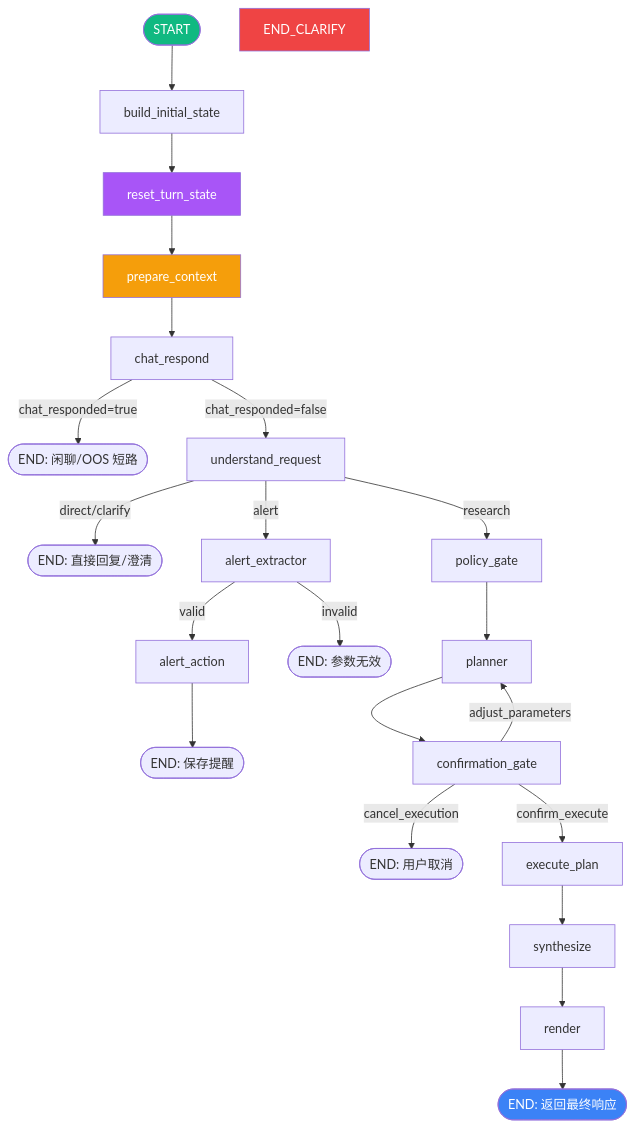
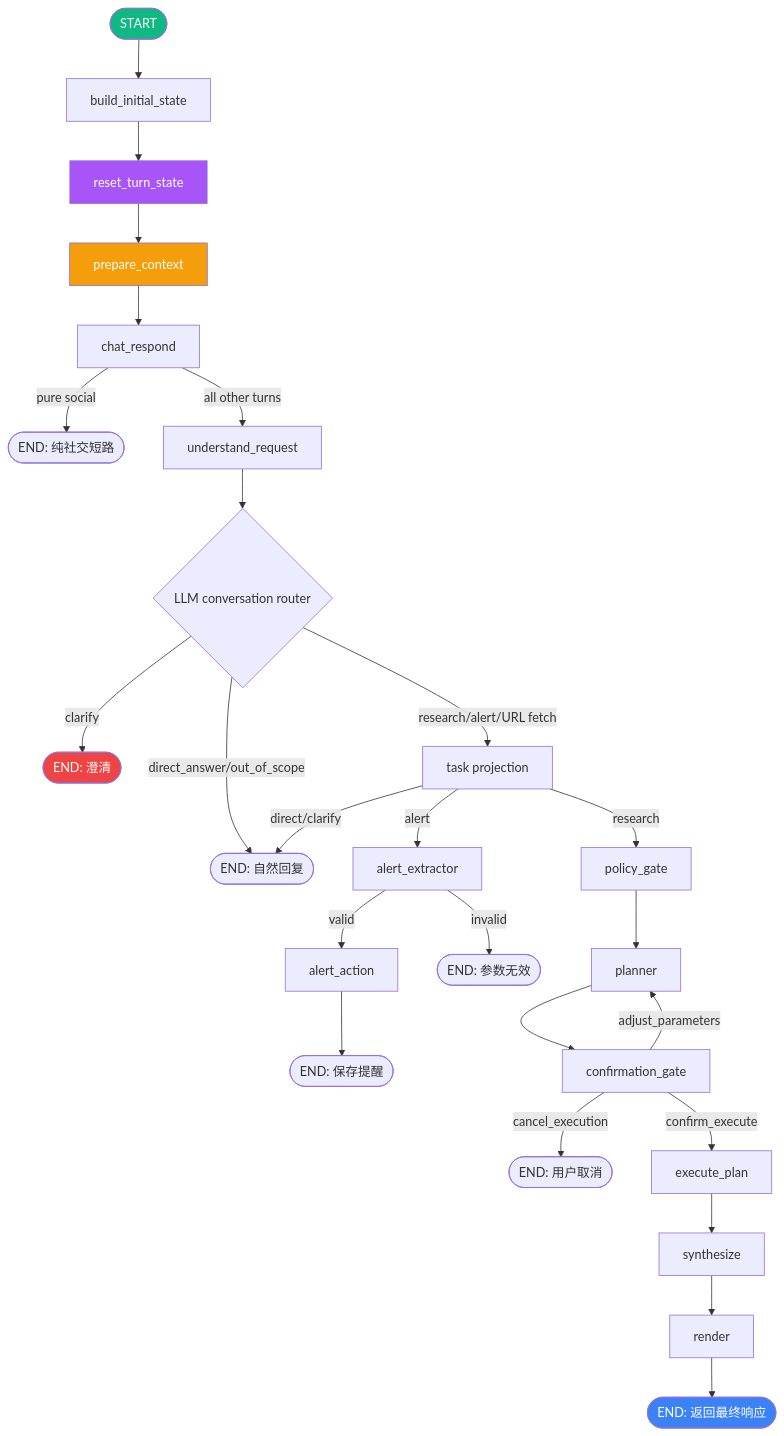
One commit to kkkano/FinSight changed the first of 4 diagrams in docs/LANGGRAPH_FLOW.md. Above: the diagram before and after it, drawn with Mermaid. The commit also changed other lines of this file and 185 other files, not shown here.

````diff
--- a/docs/LANGGRAPH_FLOW.md
+++ b/docs/LANGGRAPH_FLOW.md
@@ -11,29 +11,33 @@
 ```mermaid
 graph TD
     START([START]) --> build_initial_state
     build_initial_state --> reset_turn_state
     reset_turn_state --> prepare_context
     prepare_context --> chat_respond
-    chat_respond -->|chat_responded=true| END_CASUAL([END: 闲聊/OOS 短路])
-    chat_respond -->|chat_responded=false| understand_request
-    understand_request -->|direct/clarify| END_CHAT([END: 直接回复/澄清])
-    understand_request -->|alert| alert_extractor
+    chat_respond -->|pure social| END_CASUAL([END: 纯社交短路])
+    chat_respond -->|all other turns| understand_request
+    understand_request --> router_decision{LLM conversation router}
+    router_decision -->|direct_answer/out_of_scope| END_CHAT([END: 自然回复])
+    router_decision -->|clarify| END_CLARIFY([END: 澄清])
+    router_decision -->|research/alert/URL fetch| understand_projection[task projection]
+    understand_projection -->|direct/clarify| END_CHAT
+    understand_projection -->|alert| alert_extractor
+    understand_projection -->|research| policy_gate
     alert_extractor -->|valid| alert_action
     alert_action --> END_ALERT([END: 保存提醒])
     alert_extractor -->|invalid| END_ALERT_INVALID([END: 参数无效])
-    understand_request -->|research| policy_gate
     policy_gate --> planner
     planner --> confirmation_gate
     confirmation_gate -->|cancel_execution| END_CANCEL([END: 用户取消])
     confirmation_gate -->|adjust_parameters| planner
     confirmation_gate -->|confirm_execute| execute_plan
     execute_plan --> synthesize
     synthesize --> render
     render --> END_DONE([END: 返回最终响应])
 
     style START fill:#10b981,color:#fff
     style reset_turn_state fill:#a855f7,color:#fff
     style prepare_context fill:#f59e0b,color:#fff
     style END_CLARIFY fill:#ef4444,color:#fff
     style END_DONE fill:#3b82f6,color:#fff
 ```
````
